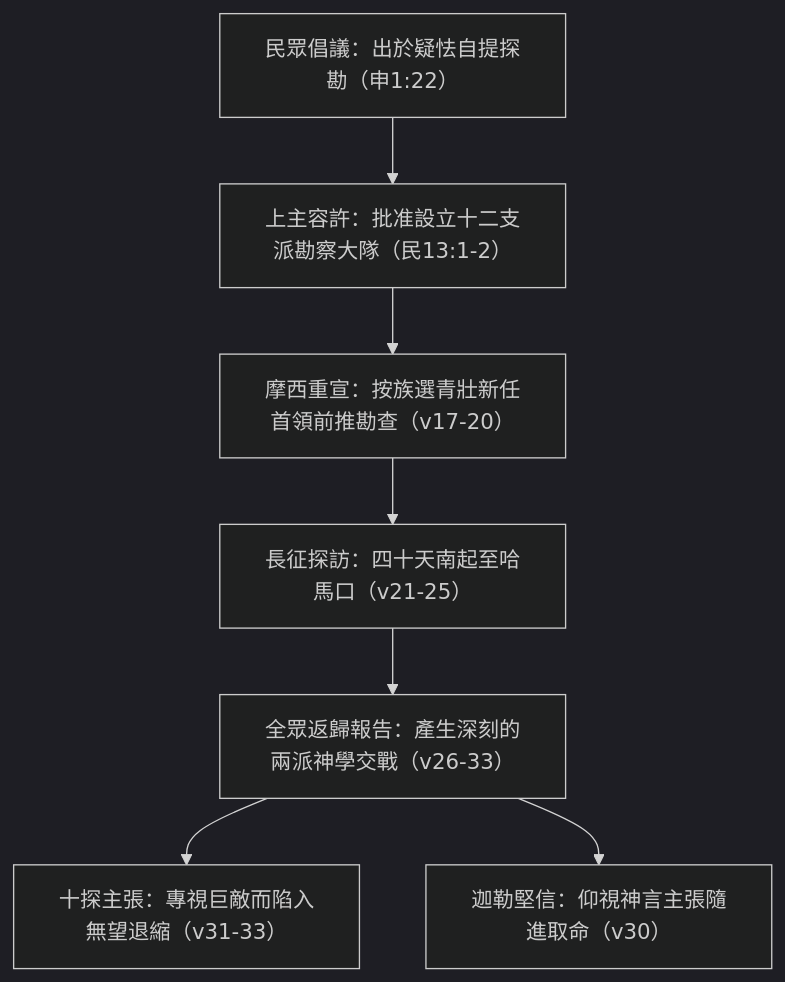
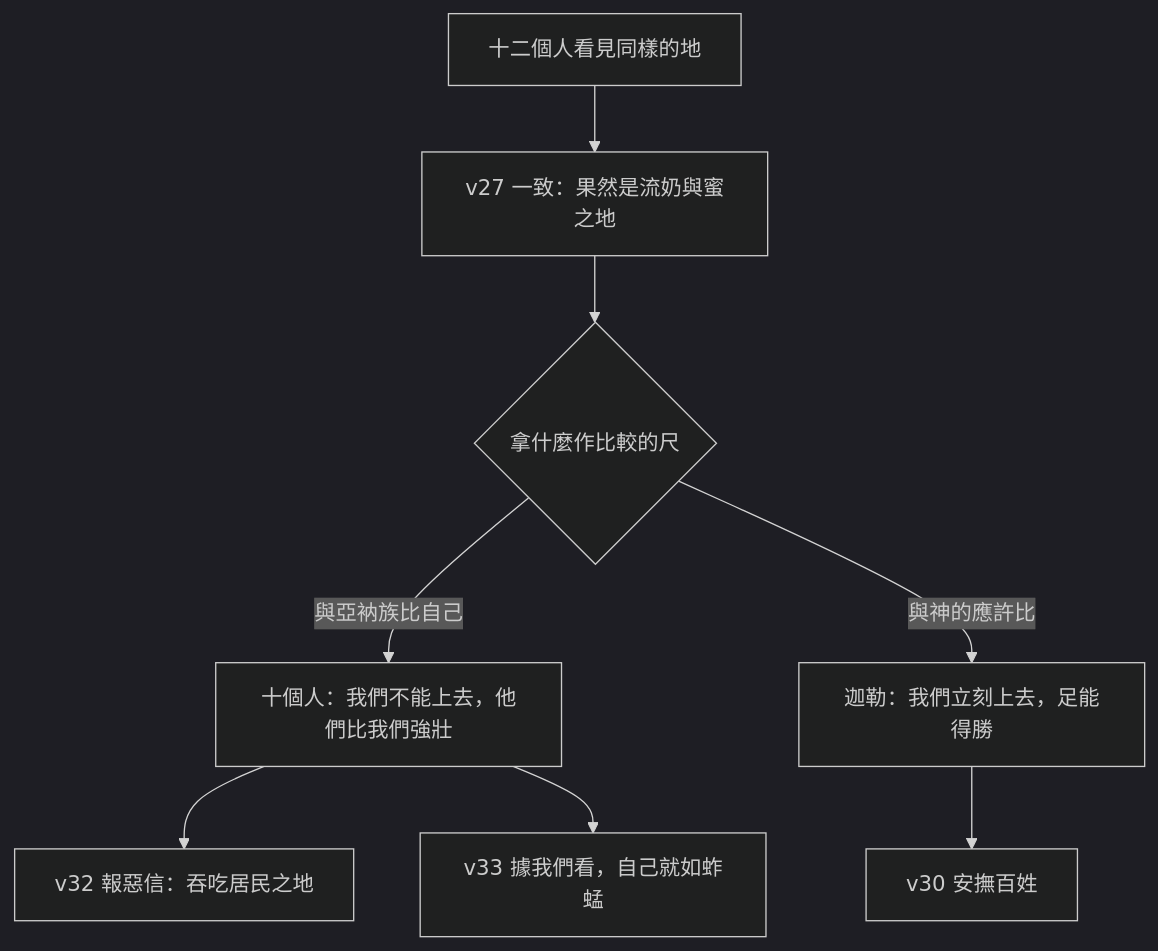
Before and after one commit to andyjr5566/Bible_wiki_zh_website: the diagram in content/04 民數記/第13章.md, drawn with Mermaid (dark theme). The commit also changed other lines of this file and 517 other files, not shown here.

````diff
--- a/content/04 民數記/第13章.md
+++ b/content/04 民數記/第13章.md
@@ -86,9 +139,10 @@
 ```mermaid
 flowchart TD
-    A["民眾倡議：出於疑怯自提探勘（申1:22）"] --> B["上主容許：批准設立十二支派勘察大隊（民13:1-2）"]
-    B --> C["摩西重宣：按族選青壯新任首領前推勘查（v17-20）"]
-    C --> D["長征探訪：四十天南起至哈馬口（v21-25）"]
-    D --> E["全眾返歸報告：產生深刻的兩派神學交戰（v26-33）"]
-    E --> E1["十探主張：專視巨敵而陷入無望退縮（v31-33）"]
-    E --> E2["迦勒堅信：仰視神言主張隨進取命（v30）"]
+    A["十二個人看見同樣的地"] --> B["v27 一致：果然是流奶與蜜之地"]
+    B --> C{"拿什麼作比較的尺"}
+    C -->|與亞衲族比自己| D["十個人：我們不能上去，他們比我們強壯"]
+    C -->|與神的應許比| E["迦勒：我們立刻上去，足能得勝"]
+    D --> F["v32 報惡信：吞吃居民之地"]
+    D --> G["v33 據我們看，自己就如蚱蜢"]
+    E --> H["v30 安撫百姓"]
 ```
````
